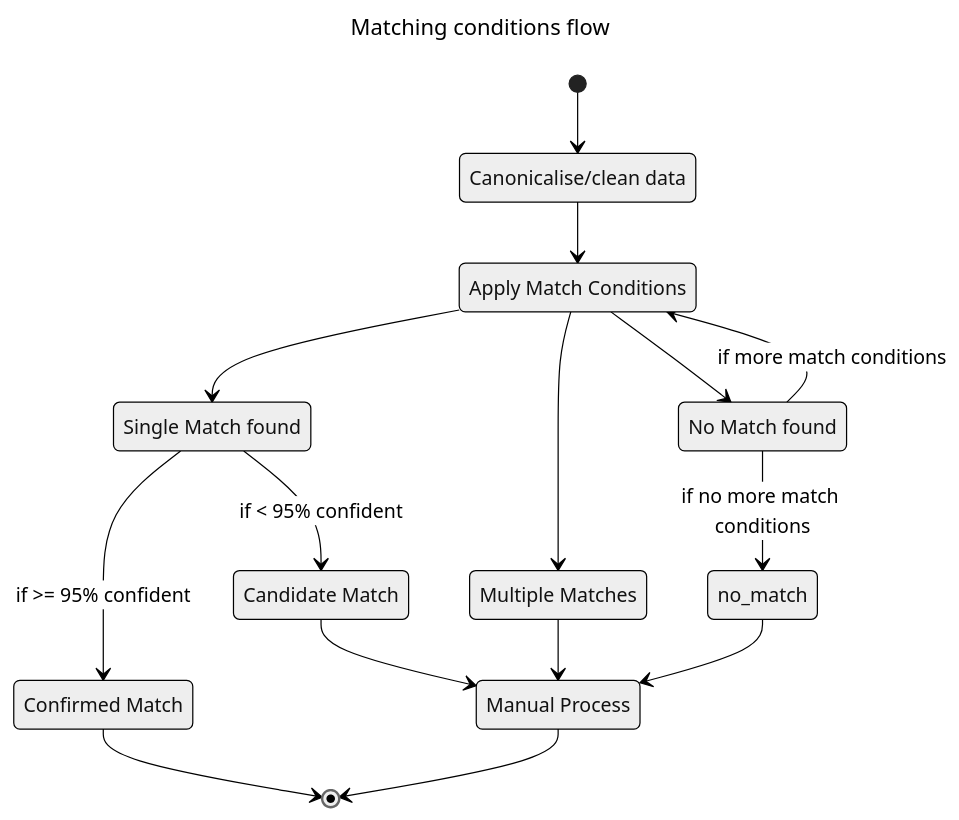
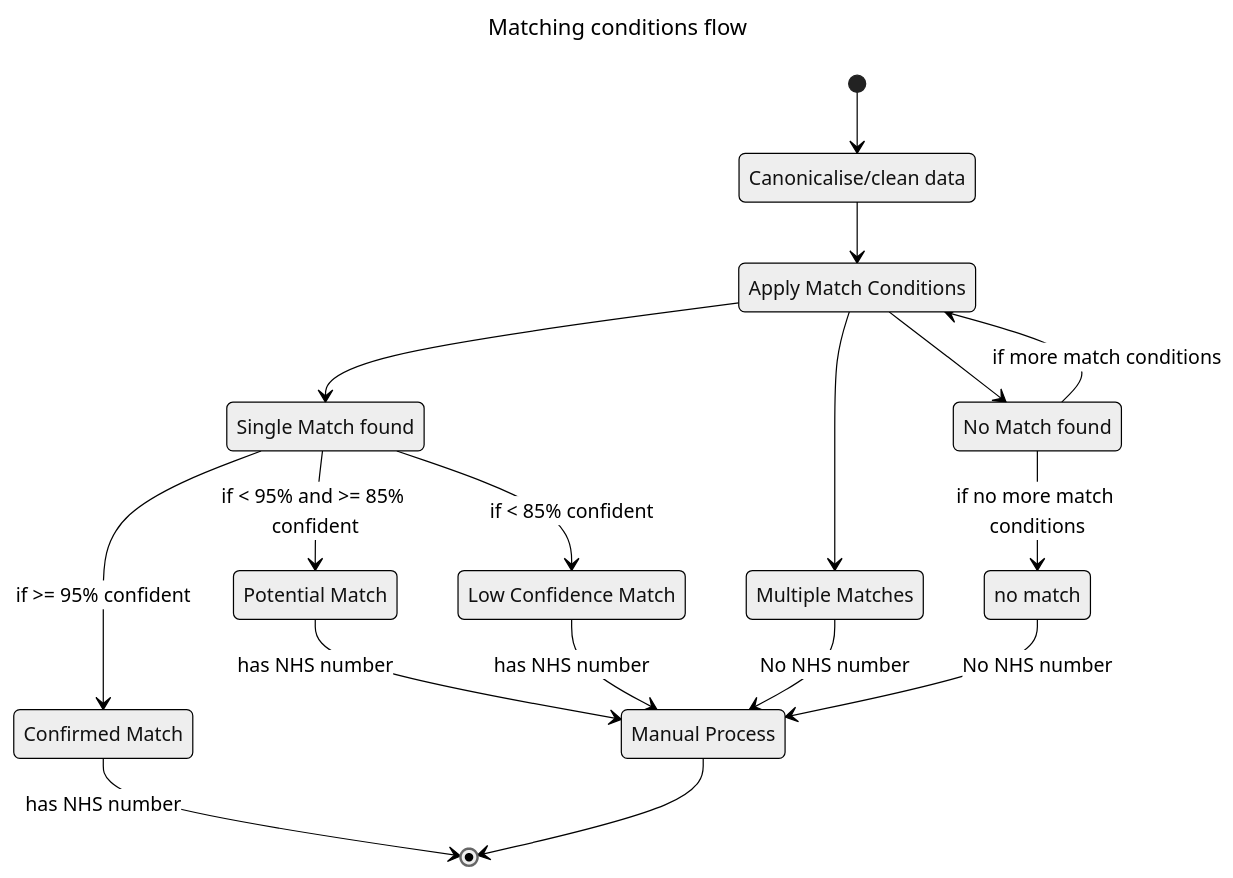
Before and after one commit to DFE-Digital/SUI_Matcher: the fourth of 4 diagrams in documentation/docs/architecture.md, drawn with Mermaid (neutral theme). The commit also changed other lines of this file and 19 other files, not shown here.

First line of the commit message:
feat: sui-1092 - low confidence (#258)

````diff
--- a/documentation/docs/architecture.md
+++ b/documentation/docs/architecture.md
@@ -270,29 +271,33 @@
 ```mermaid
 ---
 title: Matching conditions flow
 ---
 stateDiagram-v2
     clean: Canonicalise/clean data
     apply_match_conditions: Apply Match Conditions
     if_single_match: Single Match found
     if_no_match_state: No Match found
     confirmed_match: Confirmed Match
-    candidate_match: Candidate Match
+    potential_match: Potential Match
+    low_confidence_match: Low Confidence Match
+    no_match: no match
     manual_process: Manual Process
     multiple_match: Multiple Matches
     [*] --> clean
     clean --> apply_match_conditions
     apply_match_conditions --> if_single_match
     apply_match_conditions --> multiple_match
-    multiple_match --> manual_process
+    multiple_match --> manual_process: No NHS number
     if_single_match --> confirmed_match: if >= 95% confident
-    if_single_match --> candidate_match: if < 95% confident
-    confirmed_match --> [*]
-    candidate_match --> manual_process
+    if_single_match --> potential_match: if < 95% and >= 85% confident
+    if_single_match --> low_confidence_match: if < 85% confident
+    confirmed_match --> [*]: has NHS number
+    potential_match --> manual_process: has NHS number
+    low_confidence_match --> manual_process: has NHS number
     apply_match_conditions --> if_no_match_state
     if_no_match_state --> apply_match_conditions: if more match conditions
     if_no_match_state --> no_match: if no more match conditions
-    no_match --> manual_process
+    no_match --> manual_process: No NHS number
     manual_process --> [*]
 
 ```
````
